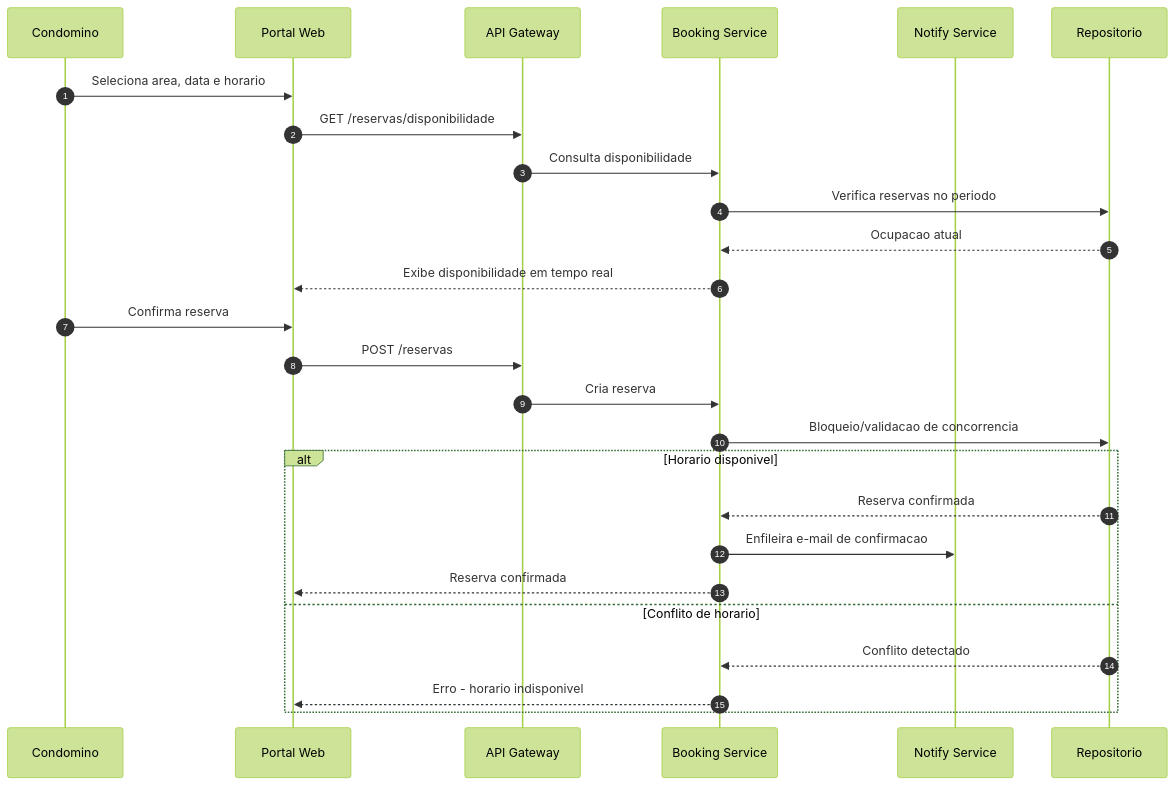
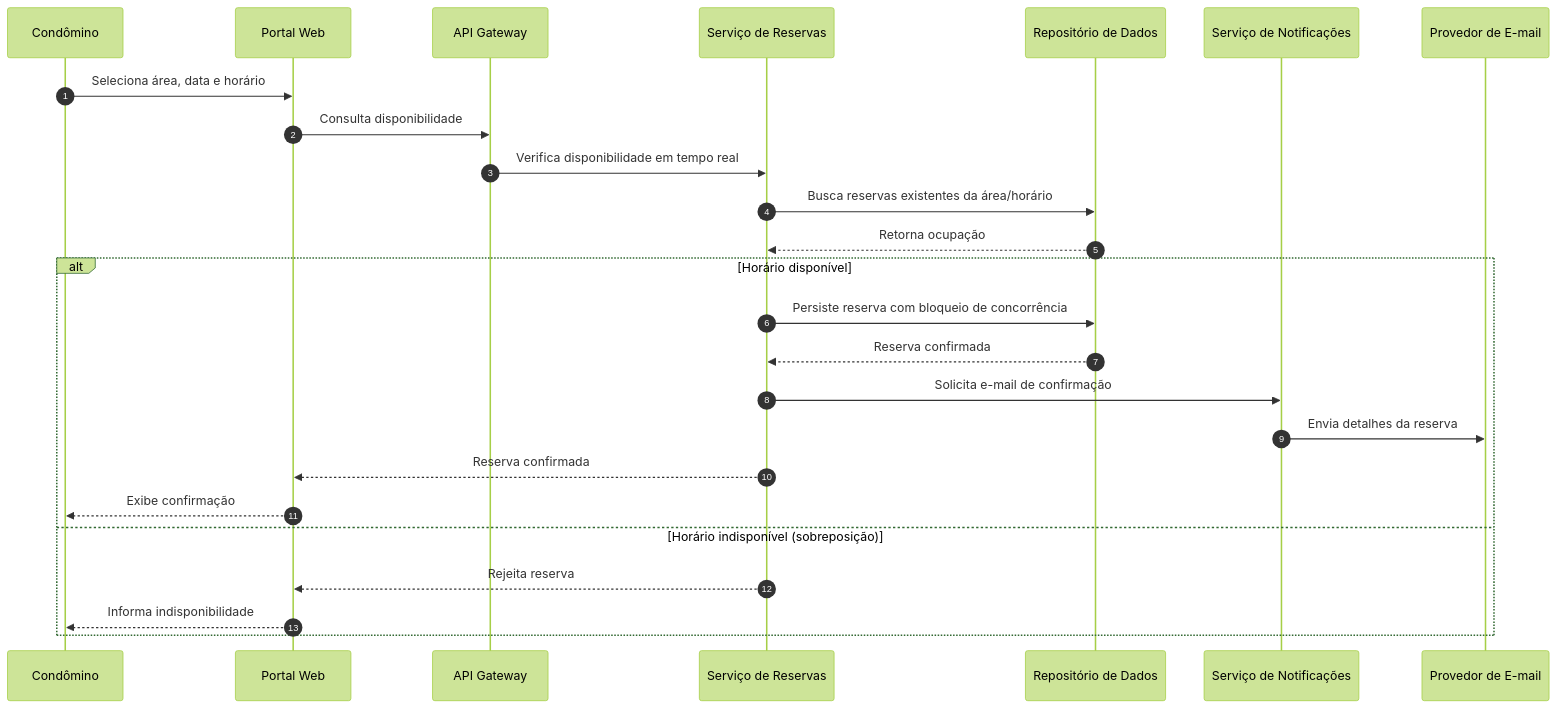
Before and after one commit to PDC-ESIA/AI4ES: the third of 4 diagrams in docs/Time_2_Design/analise-qualitativa/outputs/relatorio_claude_opus_4_8_M04.md, drawn with Mermaid (forest theme). The commit also changed other lines of this file and 93 other files, not shown here.

````diff
--- a/docs/Time_2_Design/analise-qualitativa/outputs/relatorio_claude_opus_4_8_M04.md
+++ b/docs/Time_2_Design/analise-qualitativa/outputs/relatorio_claude_opus_4_8_M04.md
@@ -139,29 +133,28 @@
 ```mermaid
 sequenceDiagram
     autonumber
-    participant C as Condomino
+    participant C as Condômino
     participant P as Portal Web
     participant G as API Gateway
-    participant B as Booking Service
-    participant N as Notify Service
-    participant DB as Repositorio
+    participant R as Serviço de Reservas
+    participant D as Repositório de Dados
+    participant N as Serviço de Notificações
+    participant M as Provedor de E-mail
 
-    C->>P: Seleciona area, data e horario
-    P->>G: GET /reservas/disponibilidade
-    G->>B: Consulta disponibilidade
-    B->>DB: Verifica reservas no periodo
-    DB-->>B: Ocupacao atual
-    B-->>P: Exibe disponibilidade em tempo real
-    C->>P: Confirma reserva
-    P->>G: POST /reservas
-    G->>B: Cria reserva
-    B->>DB: Bloqueio/validacao de concorrencia
-    alt Horario disponivel
-        DB-->>B: Reserva confirmada
-        B->>N: Enfileira e-mail de confirmacao
-        B-->>P: Reserva confirmada
-    else Conflito de horario
-        DB-->>B: Conflito detectado
-        B-->>P: Erro - horario indisponivel
+    C->>P: Seleciona área, data e horário
+    P->>G: Consulta disponibilidade
+    G->>R: Verifica disponibilidade em tempo real
+    R->>D: Busca reservas existentes da área/horário
+    D-->>R: Retorna ocupação
+    alt Horário disponível
+        R->>D: Persiste reserva com bloqueio de concorrência
+        D-->>R: Reserva confirmada
+        R->>N: Solicita e-mail de confirmação
+        N->>M: Envia detalhes da reserva
+        R-->>P: Reserva confirmada
+        P-->>C: Exibe confirmação
+    else Horário indisponível (sobreposição)
+        R-->>P: Rejeita reserva
+        P-->>C: Informa indisponibilidade
     end
 ```
````
